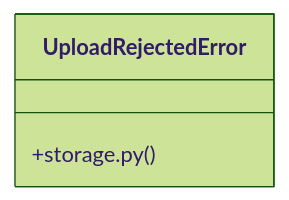
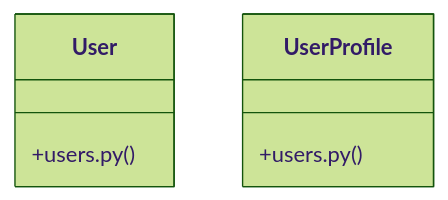
The diagram in graphify-out/wiki/[PassType_&_register_payload()]_Cluster.md (adjanayo/synca_conf_back), drawn with Mermaid (forest theme) before and after one commit. The commit also changed other lines of this file and 82 other files, not shown here.

Commit message:
docs: mise à jour graphify (graphe du code)

````diff
--- a/graphify-out/wiki/[PassType_&_register_payload()]_Cluster.md
+++ b/graphify-out/wiki/[PassType_&_register_payload()]_Cluster.md
@@ -36,6 +35,9 @@
 ```mermaid
 classDiagram
-    class UploadRejectedError {
-        +storage.py()
+    class User {
+        +users.py()
+    }
+    class UserProfile {
+        +users.py()
     }
 ```
````
